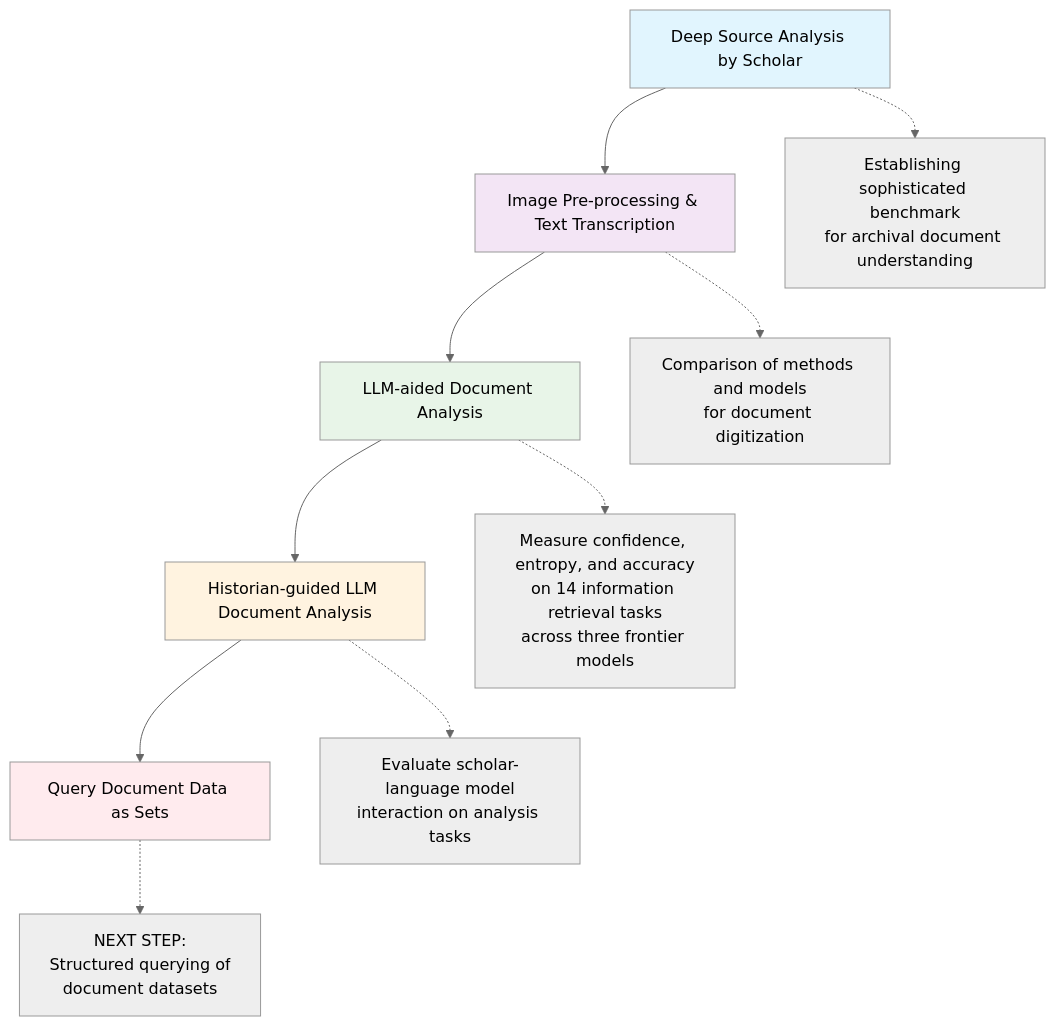
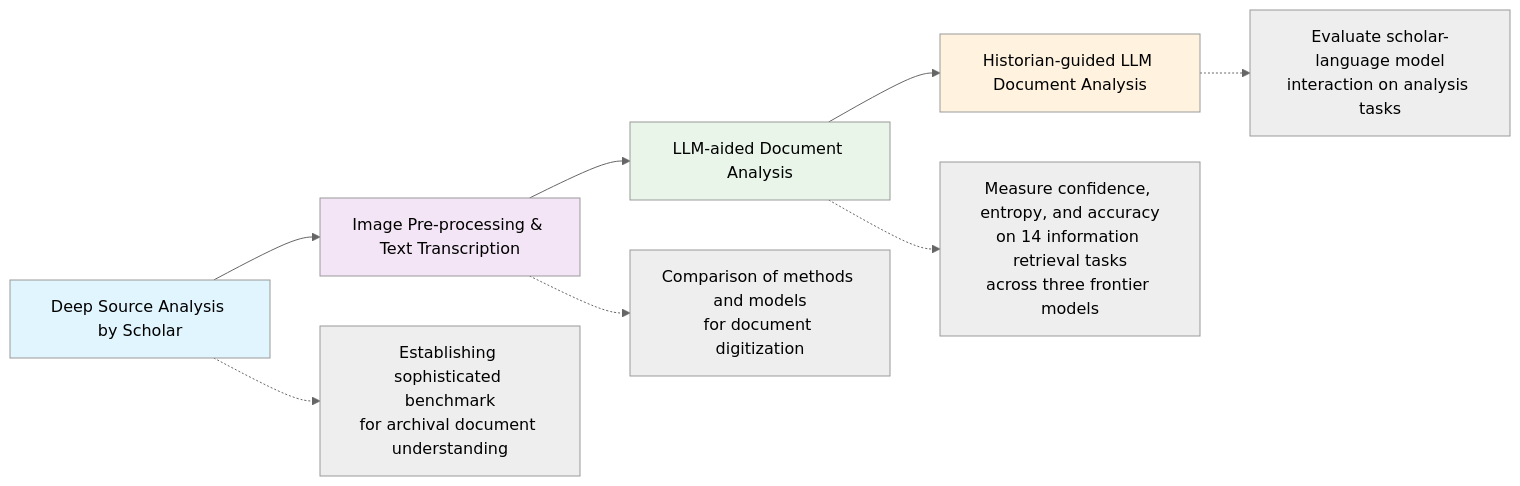
One commit to sets-architecture/sets-architecture.github.io changed the diagram in index.md. Above: the diagram before and after it, drawn with Mermaid (neutral theme). The commit also changed other lines of this file, not shown here.

```diff
--- a/index.md
+++ b/index.md
@@ -47,25 +47,24 @@
     <div class="mermaid">
-    flowchart TD
+    flowchart LR
       A[Deep Source Analysis by Scholar] --> B[Image Pre-processing & Text Transcription]
       B --> C[LLM-aided Document Analysis]
       C --> D[Historian-guided LLM Document Analysis]
-      D --> E[Query Document Data as Sets]
+   
 
       A1[Establishing sophisticated benchmark<br/>for archival document understanding]
       B1[Comparison of methods and models<br/>for document digitization]
       C1[Measure confidence, entropy, and accuracy<br/>on 14 information retrieval tasks<br/>across three frontier models]
       D1[Evaluate scholar-language model<br/>interaction on analysis tasks]
-      E1[NEXT STEP:<br/>Structured querying of<br/>document datasets]
+     
 
       A -.-> A1
       B -.-> B1
       C -.-> C1
       D -.-> D1
-      E -.-> E1
 
       style A fill:#e1f5fe
       style B fill:#f3e5f5
       style C fill:#e8f5e8
       style D fill:#fff3e0
-      style E fill:#ffebee
+  
     </div>
```
